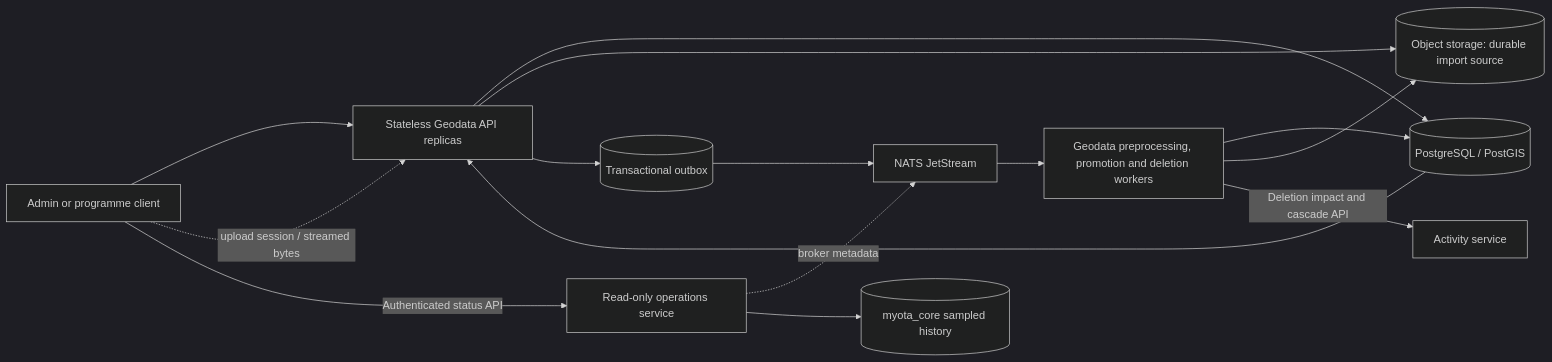
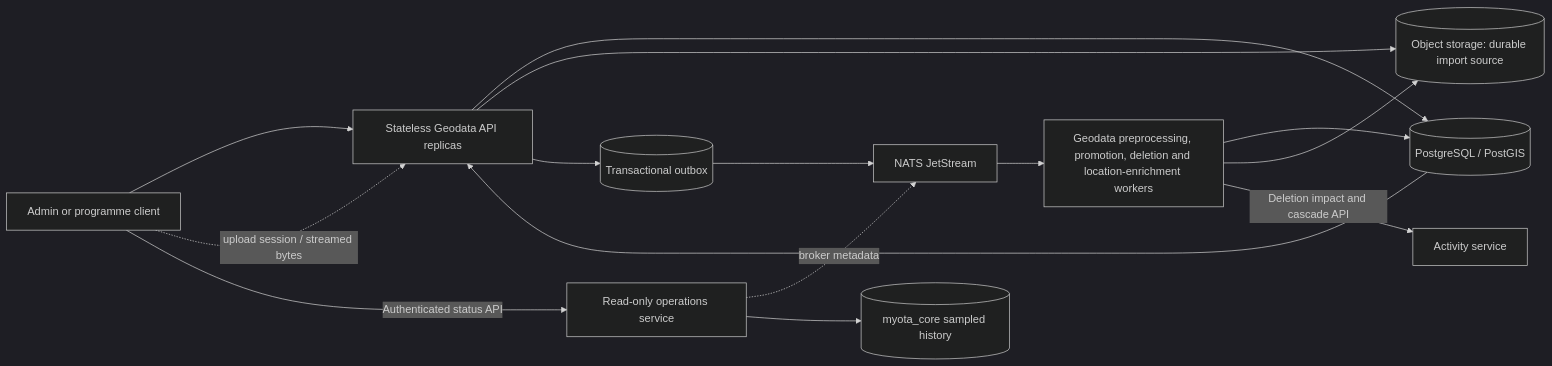
Before and after one commit to myota-platform/myota-docs: the diagram in docs/geodata-horizontal-scaling-roadmap.md, drawn with Mermaid (dark theme). The commit also changed other lines of this file and 7 other files, not shown here.

First line of the commit message:
docs(geodata): document asynchronous location enrichment

````diff
--- a/docs/geodata-horizontal-scaling-roadmap.md
+++ b/docs/geodata-horizontal-scaling-roadmap.md
@@ -102,17 +116,17 @@
 ```mermaid
 flowchart LR
   Client[Admin or programme client] --> API[Stateless Geodata API replicas]
   API --> DB[(PostgreSQL / PostGIS)]
   Client -. upload session / streamed bytes .-> API
   API --> Obj[(Object storage: durable import source)]
   API --> Outbox[(Transactional outbox)]
   Outbox --> NATS[NATS JetStream]
-  NATS --> Workers[Geodata preprocessing, promotion and deletion workers]
+  NATS --> Workers[Geodata preprocessing, promotion, deletion and location-enrichment workers]
   Workers --> DB
   Workers --> Obj
   Workers -->|Deletion impact and cascade API| Activity[Activity service]
   Ops[Read-only operations service] -. broker metadata .-> NATS
   Ops --> Core[(myota_core sampled history)]
   Client -->|Authenticated status API| Ops
   DB --> API
 ```
````
